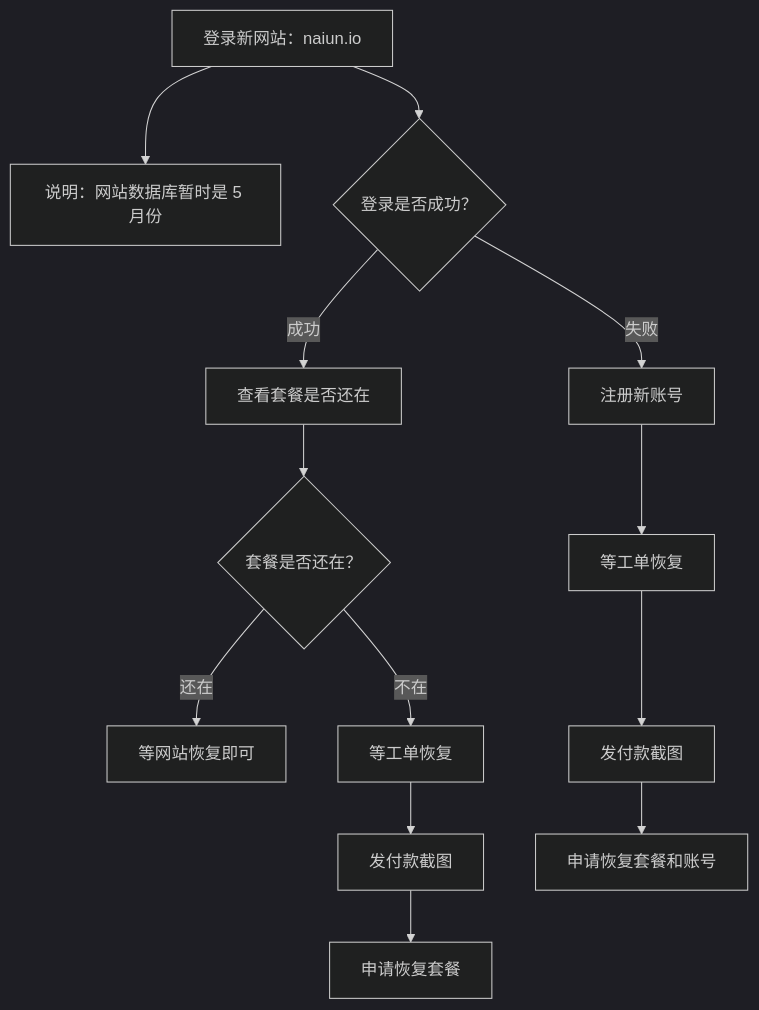
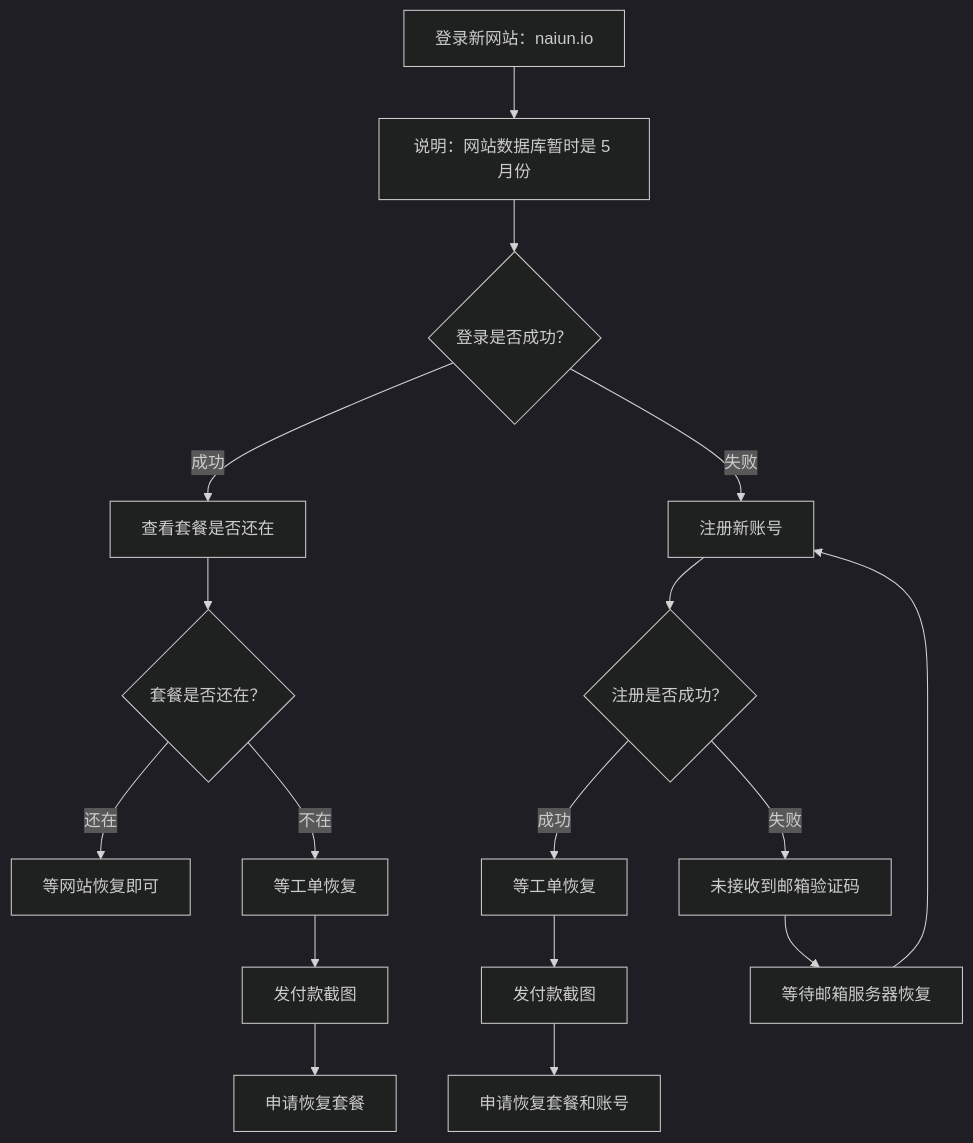
The diagram in README.md (jdnei/naiyun), drawn with Mermaid (dark theme) before and after one commit.

````diff
--- a/README.md
+++ b/README.md
@@ -153,18 +153,25 @@
 ```mermaid
 flowchart TD
     B[登录新网站：naiun.io]
     B --> C[说明：网站数据库暂时是 5 月份]
-    B --> D{登录是否成功？}
+    C --> D{登录是否成功？}
 
     D -->|成功| E[查看套餐是否还在]
     E --> F{套餐是否还在？}
+
     F -->|还在| G[等网站恢复即可]
     F -->|不在| H[等工单恢复]
     H --> I[发付款截图]
     I --> J[申请恢复套餐]
 
     D -->|失败| K[注册新账号]
-    K --> L[等工单恢复]
-    L --> M[发付款截图]
-    M --> N[申请恢复套餐和账号]
+    K --> L{注册是否成功？}
+
+    L -->|成功| M[等工单恢复]
+    M --> N[发付款截图]
+    N --> O[申请恢复套餐和账号]
+
+    L -->|失败| P[未接收到邮箱验证码]
+    P --> Q[等待邮箱服务器恢复]
+    Q --> K
 ```
````
